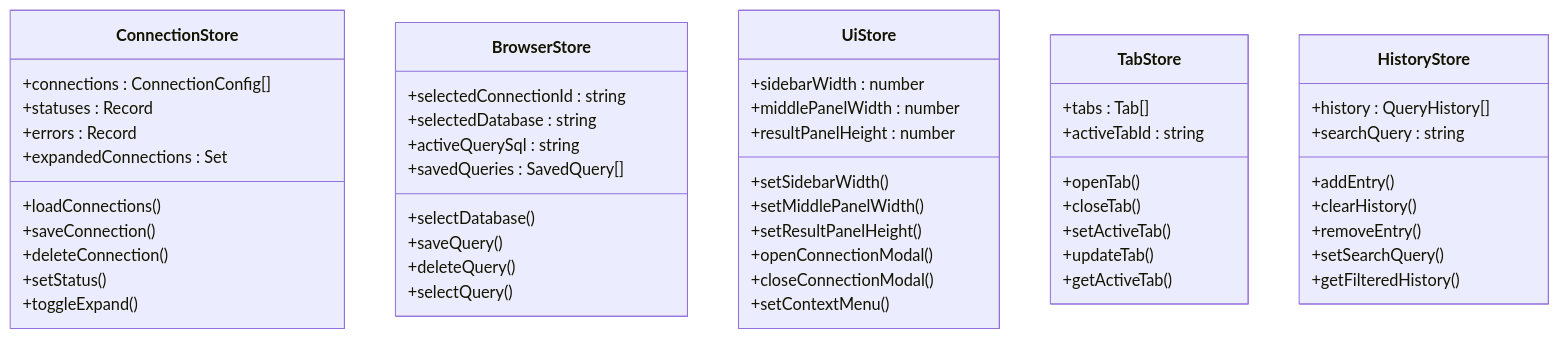
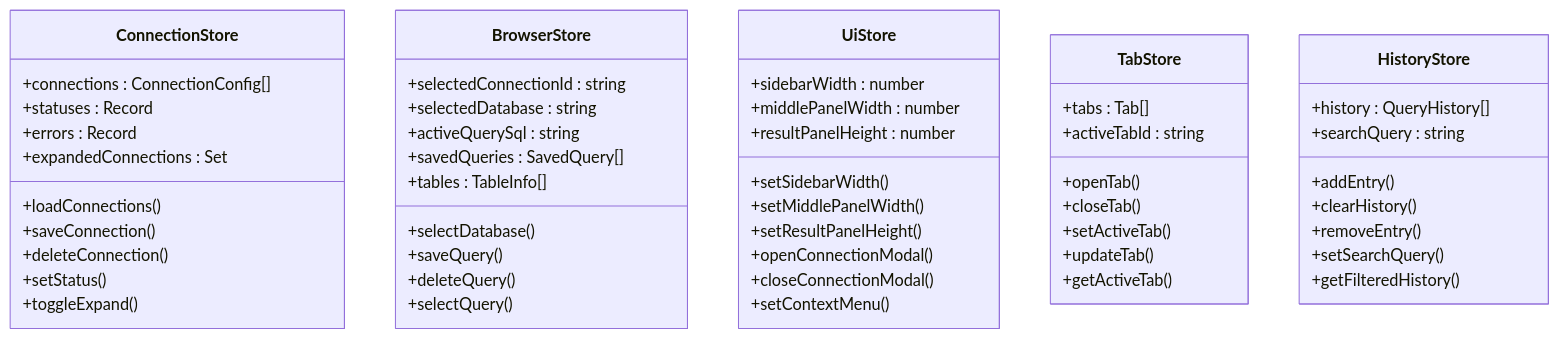
The sixth of 9 diagrams in .qoder/repowiki/zh/content/前端组件系统/查询编辑器组件.md (wwenbo2048/nexsql), drawn with Mermaid before and after one commit. The commit also changed other lines of this file and 10 other files, not shown here.

````diff
--- a/.qoder/repowiki/zh/content/前端组件系统/查询编辑器组件.md
+++ b/.qoder/repowiki/zh/content/前端组件系统/查询编辑器组件.md
@@ -378,53 +428,54 @@
 ```mermaid
 classDiagram
 class ConnectionStore {
 +connections : ConnectionConfig[]
 +statuses : Record
 +errors : Record
 +expandedConnections : Set
 +loadConnections()
 +saveConnection()
 +deleteConnection()
 +setStatus()
 +toggleExpand()
 }
 class BrowserStore {
 +selectedConnectionId : string
 +selectedDatabase : string
 +activeQuerySql : string
 +savedQueries : SavedQuery[]
++tables : TableInfo[]
 +selectDatabase()
 +saveQuery()
 +deleteQuery()
 +selectQuery()
 }
 class UiStore {
 +sidebarWidth : number
 +middlePanelWidth : number
 +resultPanelHeight : number
 +setSidebarWidth()
 +setMiddlePanelWidth()
 +setResultPanelHeight()
 +openConnectionModal()
 +closeConnectionModal()
 +setContextMenu()
 }
 class TabStore {
 +tabs : Tab[]
 +activeTabId : string
 +openTab()
 +closeTab()
 +setActiveTab()
 +updateTab()
 +getActiveTab()
 }
 class HistoryStore {
 +history : QueryHistory[]
 +searchQuery : string
 +addEntry()
 +clearHistory()
 +removeEntry()
 +setSearchQuery()
 +getFilteredHistory()
 }
 ```
````
